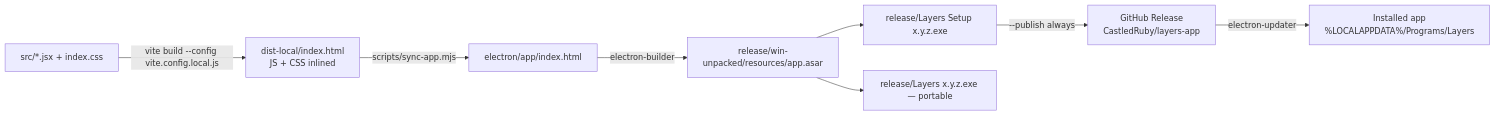
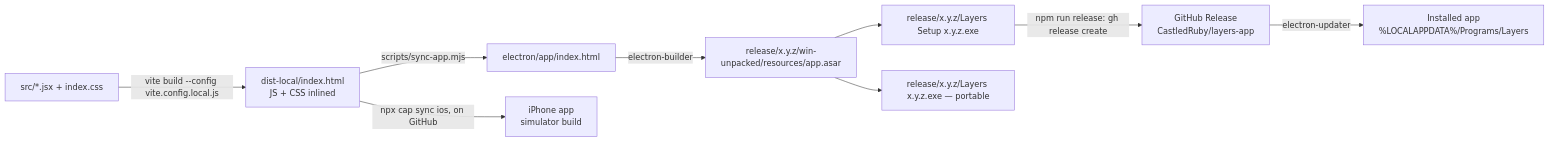
One commit to CastledRuby/layers-app changed the second of 3 diagrams in docs/architecture.md. Above: the diagram before and after it, drawn with Mermaid. The commit also changed other lines of this file and 11 other files, not shown here.

````diff
--- a/docs/architecture.md
+++ b/docs/architecture.md
@@ -107,10 +126,11 @@
 ```mermaid
 flowchart LR
   SRC[src/*.jsx + index.css] -->|vite build --config vite.config.local.js| DL[dist-local/index.html<br/>JS + CSS inlined]
   DL -->|scripts/sync-app.mjs| EA[electron/app/index.html]
-  EA -->|electron-builder| ASAR[release/win-unpacked/resources/app.asar]
-  ASAR --> NSIS[release/Layers Setup x.y.z.exe]
-  ASAR --> PORT[release/Layers x.y.z.exe — portable]
-  NSIS -->|--publish always| GH[GitHub Release<br/>CastledRuby/layers-app]
+  EA -->|electron-builder| ASAR[release/x.y.z/win-unpacked/resources/app.asar]
+  ASAR --> NSIS[release/x.y.z/Layers Setup x.y.z.exe]
+  ASAR --> PORT[release/x.y.z/Layers x.y.z.exe — portable]
+  NSIS -->|npm run release: gh release create| GH[GitHub Release<br/>CastledRuby/layers-app]
   GH -->|electron-updater| INSTALLED[Installed app<br/>%LOCALAPPDATA%/Programs/Layers]
+  DL -->|npx cap sync ios, on GitHub| IOS[iPhone app<br/>simulator build]
 ```
````
